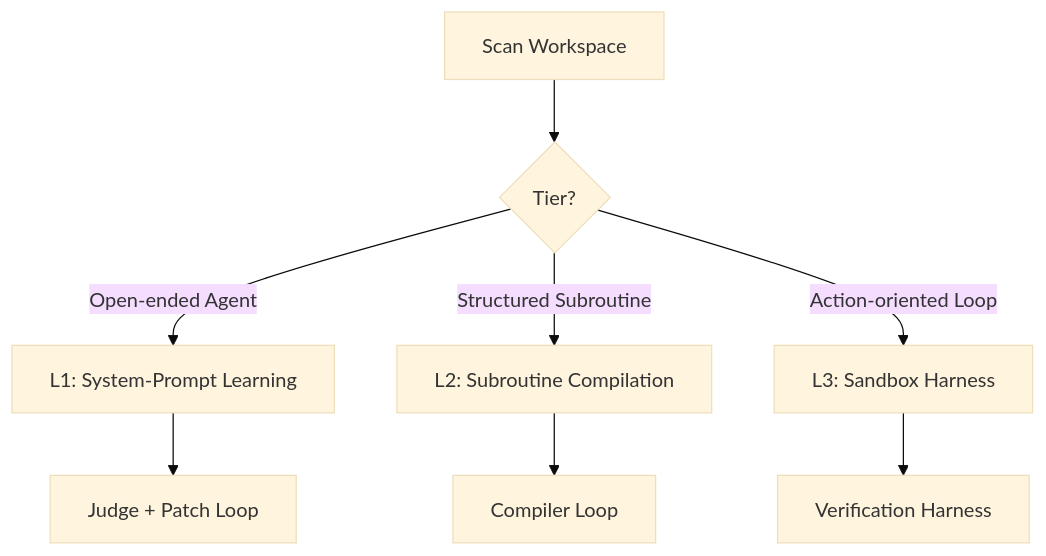
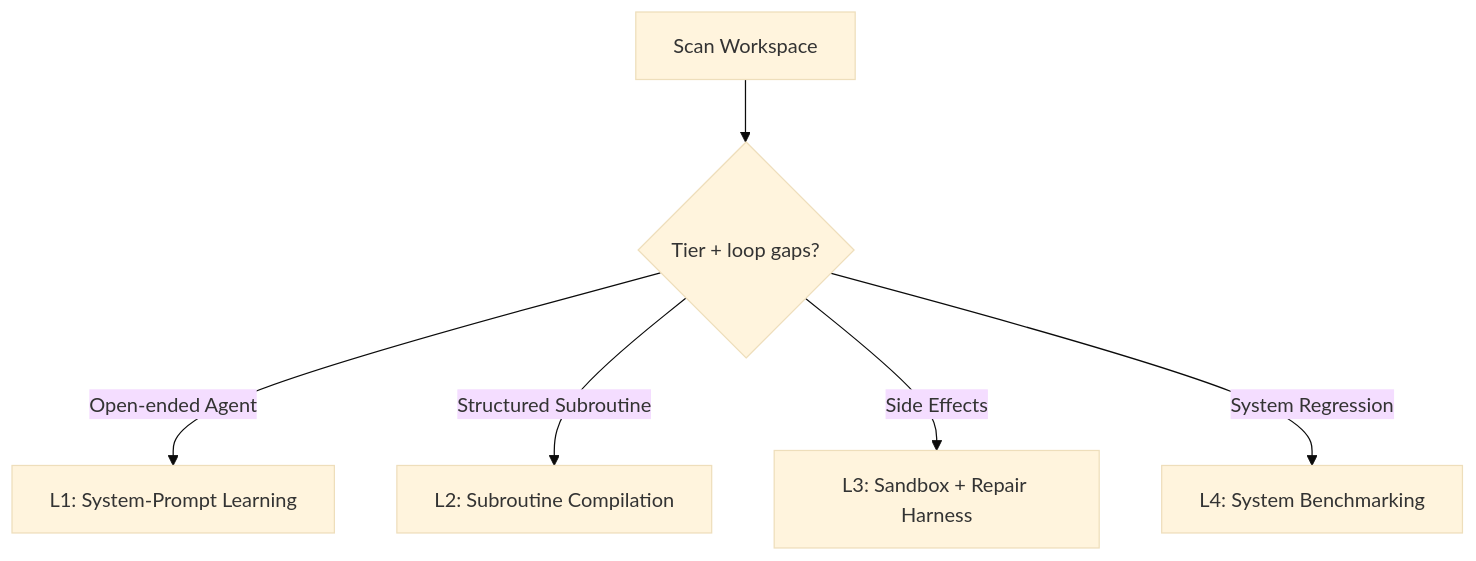
The diagram in skills/loop-architect/SKILL.md (Thulr/agent-skill-kit), drawn with Mermaid (base theme) before and after one commit. The commit also changed other lines of this file and 12 other files, not shown here.

First line of the commit message:
Enhance loop-architect skill with expanded functionality and clarity

````diff
--- a/skills/loop-architect/SKILL.md
+++ b/skills/loop-architect/SKILL.md
@@ -18,10 +18,8 @@
 ```mermaid
 flowchart TD
-    audit[Scan Workspace] --> triage{Tier?}
+    audit[Scan Workspace] --> triage{Tier + loop gaps?}
     triage -->|Open-ended Agent| L1[L1: System-Prompt Learning]
     triage -->|Structured Subroutine| L2[L2: Subroutine Compilation]
-    triage -->|Action-oriented Loop| L3[L3: Sandbox Harness]
-    L1 --> L1S[Judge + Patch Loop]
-    L2 --> L2S[Compiler Loop]
-    L3 --> L3S[Verification Harness]
+    triage -->|Side Effects| L3[L3: Sandbox + Repair Harness]
+    triage -->|System Regression| L4[L4: System Benchmarking]
 ```
````
